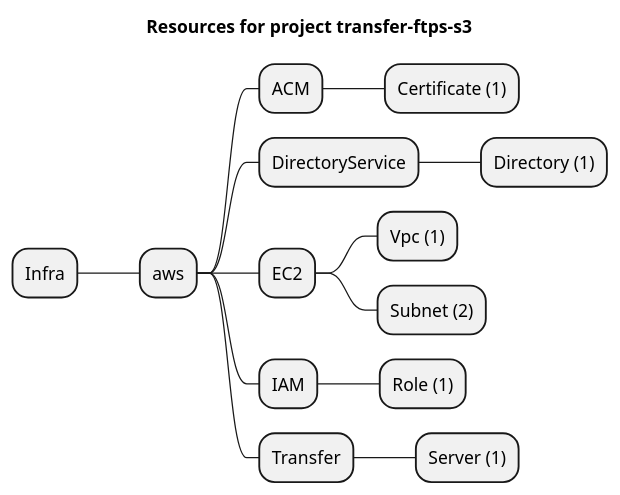
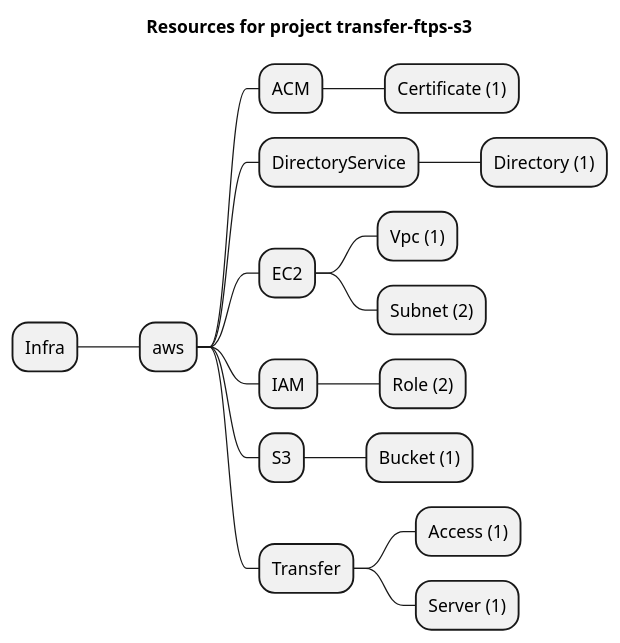
Before and after one commit to grucloud/grucloud: the diagram in examples/aws/Transfer/transfer-ftps-s3/artifacts/resources-mindmap.puml, drawn with PlantUML. The commit also changed 10 other files, not shown here.

```diff
--- a/examples/aws/Transfer/transfer-ftps-s3/artifacts/resources-mindmap.puml
+++ b/examples/aws/Transfer/transfer-ftps-s3/artifacts/resources-mindmap.puml
@@ -1,17 +1,20 @@
 @startmindmap
 title Resources for project transfer-ftps-s3
 skinparam monochrome true
 + Infra
 ++ aws
 +++ ACM
 ++++ Certificate (1)
 +++ DirectoryService
 ++++ Directory (1)
 +++ EC2
 ++++ Vpc (1)
 ++++ Subnet (2)
 +++ IAM
-++++ Role (1)
+++++ Role (2)
++++ S3
+++++ Bucket (1)
 +++ Transfer
+++++ Access (1)
 ++++ Server (1)
 @endmindmap
```
